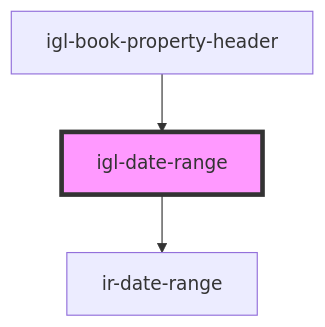
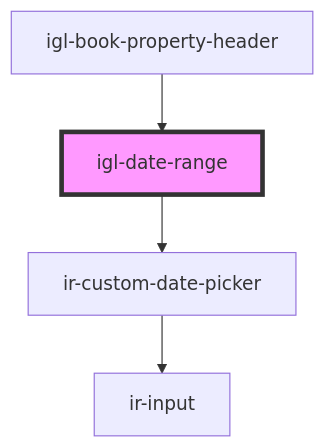
One commit to RonyRizk/ir-webcmp changed the diagram in src/components/igloo-calendar/igl-date-range/readme.md. Above: the diagram before and after it, drawn with Mermaid. The commit also changed other lines of this file and 433 other files, not shown here.

````diff
--- a/src/components/igloo-calendar/igl-date-range/readme.md
+++ b/src/components/igloo-calendar/igl-date-range/readme.md
@@ -40,6 +41,7 @@
 ```mermaid
 graph TD;
-  igl-date-range --> ir-date-range
+  igl-date-range --> ir-custom-date-picker
+  ir-custom-date-picker --> ir-input
   igl-book-property-header --> igl-date-range
   style igl-date-range fill:#f9f,stroke:#333,stroke-width:4px
 ```
````
